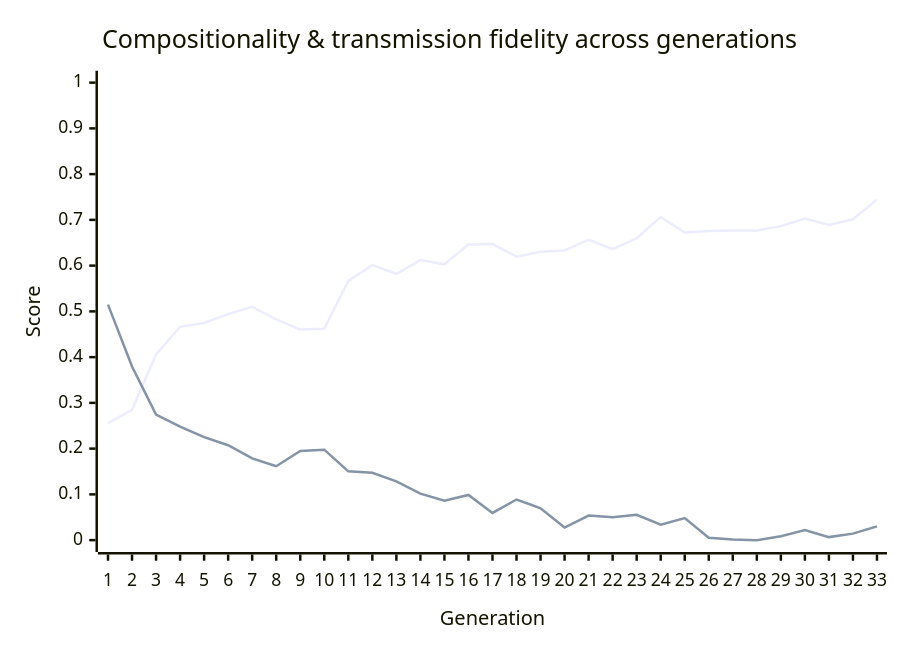
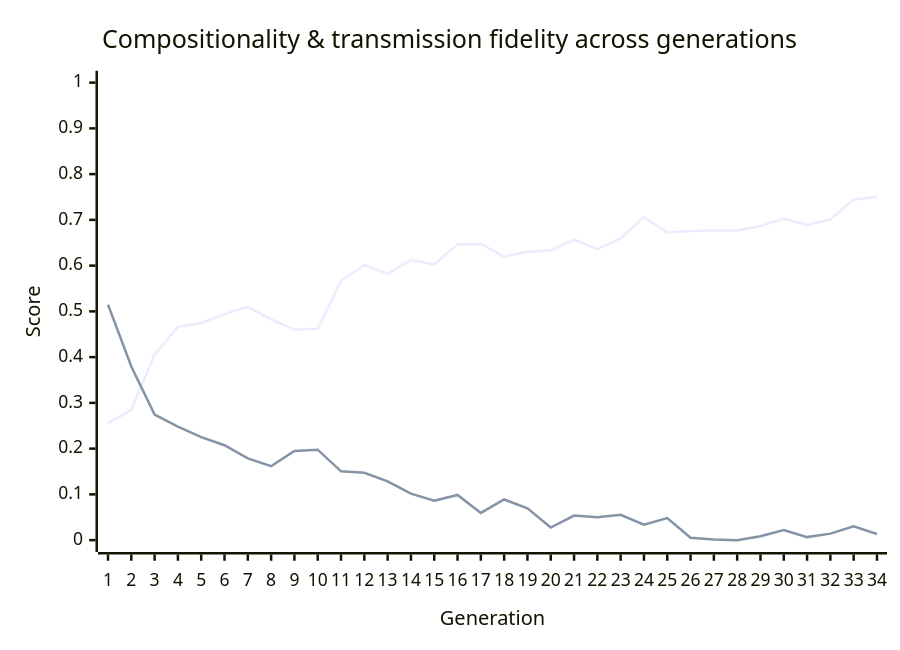
Before and after one commit to nichobbs/traditio: the diagram in metrics/latest-report.md, drawn with Mermaid. The commit also changed other lines of this file and 1 other file, not shown here.

````diff
--- a/metrics/latest-report.md
+++ b/metrics/latest-report.md
@@ -40,8 +40,8 @@
 ```mermaid
 xychart-beta
     title "Compositionality & transmission fidelity across generations"
-    x-axis "Generation" [1, 2, 3, 4, 5, 6, 7, 8, 9, 10, 11, 12, 13, 14, 15, 16, 17, 18, 19, 20, 21, 22, 23, 24, 25, 26, 27, 28, 29, 30, 31, 32, 33]
+    x-axis "Generation" [1, 2, 3, 4, 5, 6, 7, 8, 9, 10, 11, 12, 13, 14, 15, 16, 17, 18, 19, 20, 21, 22, 23, 24, 25, 26, 27, 28, 29, 30, 31, 32, 33, 34]
     y-axis "Score" 0 --> 1
-    line "Compositionality" [0.2559, 0.2849, 0.4060, 0.4663, 0.4745, 0.4941, 0.5099, 0.4826, 0.4603, 0.4619, 0.5665, 0.6011, 0.5822, 0.6121, 0.6029, 0.6464, 0.6473, 0.6195, 0.6304, 0.6332, 0.6566, 0.6361, 0.6598, 0.7061, 0.6725, 0.6757, 0.6767, 0.6767, 0.6863, 0.7028, 0.6890, 0.7012, 0.7442]
-    line "Transmission Fidelity" [0.5148, 0.3796, 0.2746, 0.2481, 0.2251, 0.2074, 0.1785, 0.1615, 0.1949, 0.1977, 0.1504, 0.1472, 0.1286, 0.1016, 0.0861, 0.0987, 0.0594, 0.0888, 0.0697, 0.0276, 0.0536, 0.0500, 0.0553, 0.0339, 0.0483, 0.0051, 0.0012, 0.0000, 0.0083, 0.0219, 0.0066, 0.0142, 0.0301]
+    line "Compositionality" [0.2559, 0.2849, 0.4060, 0.4663, 0.4745, 0.4941, 0.5099, 0.4826, 0.4603, 0.4619, 0.5665, 0.6011, 0.5822, 0.6121, 0.6029, 0.6464, 0.6473, 0.6195, 0.6304, 0.6332, 0.6566, 0.6361, 0.6598, 0.7061, 0.6725, 0.6757, 0.6767, 0.6767, 0.6863, 0.7028, 0.6890, 0.7012, 0.7442, 0.7505]
+    line "Transmission Fidelity" [0.5148, 0.3796, 0.2746, 0.2481, 0.2251, 0.2074, 0.1785, 0.1615, 0.1949, 0.1977, 0.1504, 0.1472, 0.1286, 0.1016, 0.0861, 0.0987, 0.0594, 0.0888, 0.0697, 0.0276, 0.0536, 0.0500, 0.0553, 0.0339, 0.0483, 0.0051, 0.0012, 0.0000, 0.0083, 0.0219, 0.0066, 0.0142, 0.0301, 0.0134]
 ```
````
